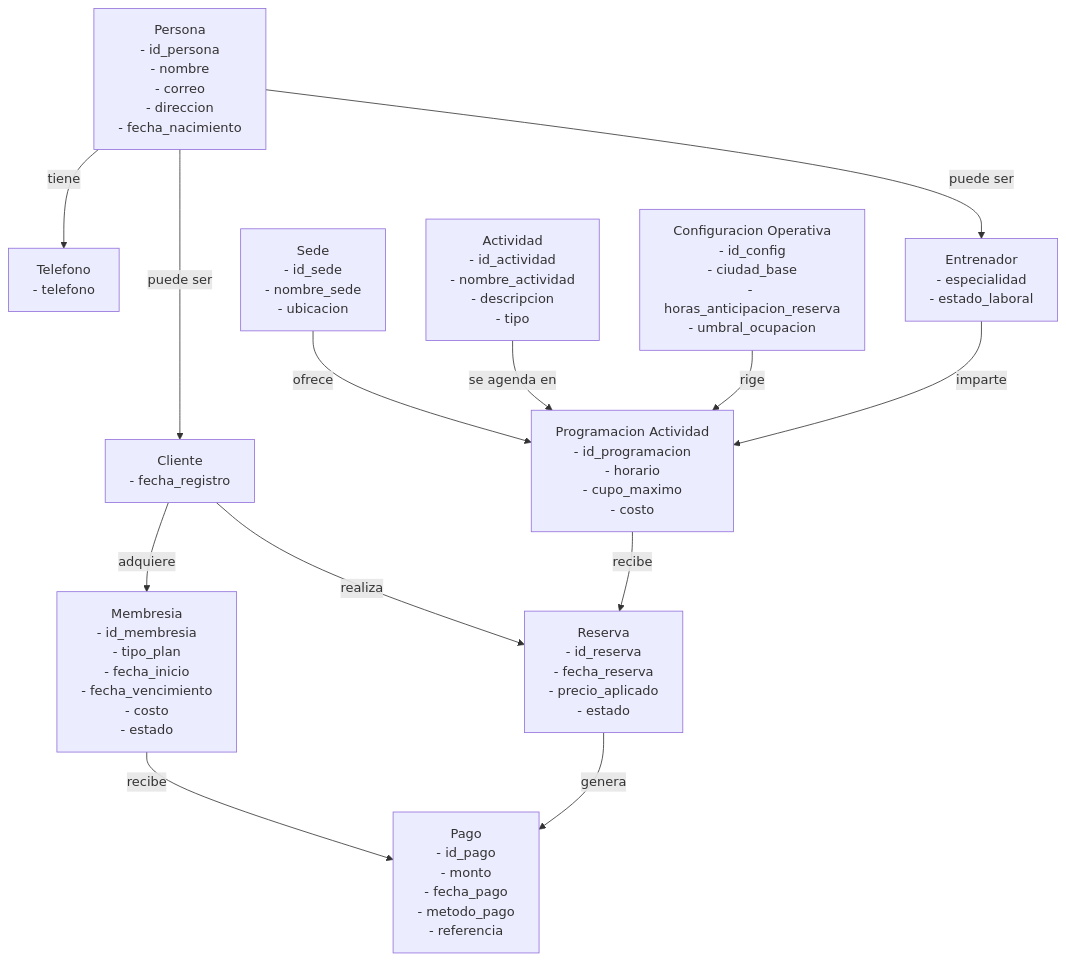
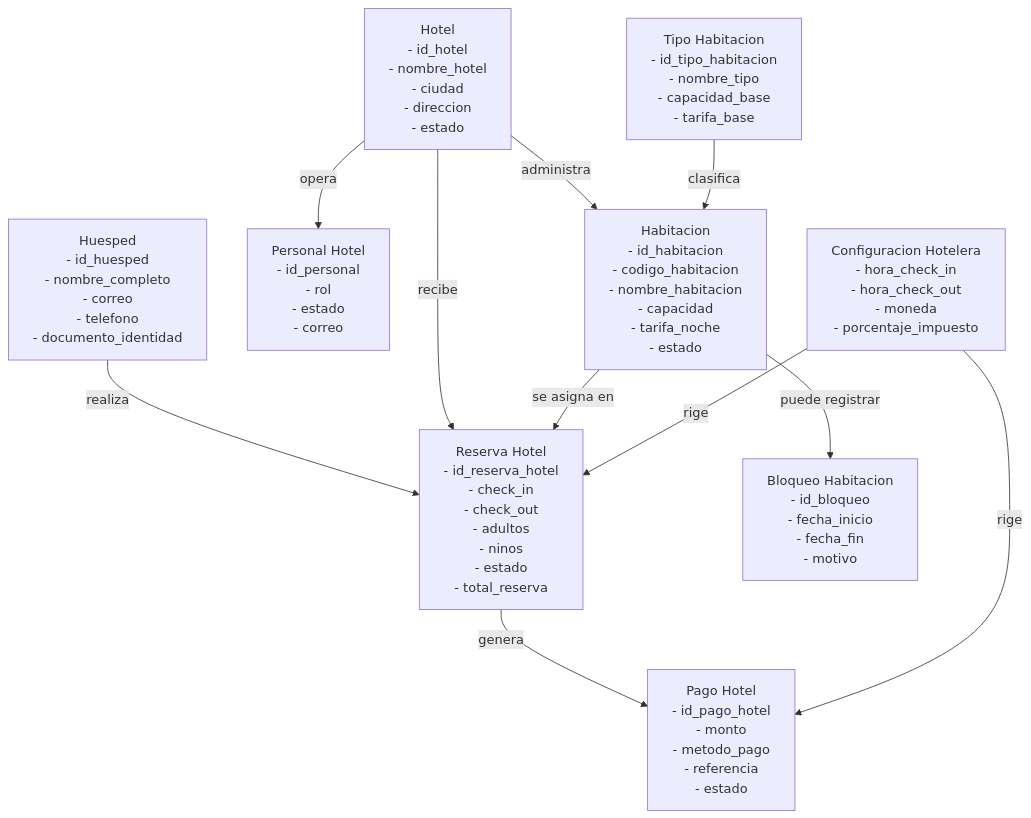
One commit to JosueCoreaF/fithub-web changed the first of 2 diagrams in docs/fithub-models.md. Above: the diagram before and after it, drawn with Mermaid. The commit also changed other lines of this file and 44 other files, not shown here.

````diff
--- a/docs/fithub-models.md
+++ b/docs/fithub-models.md
@@ -7,27 +7,23 @@
 ```mermaid
 flowchart TD
-    Persona[Persona\n- id_persona\n- nombre\n- correo\n- direccion\n- fecha_nacimiento]
-    Telefono[Telefono\n- telefono]
-    Cliente[Cliente\n- fecha_registro]
-    Entrenador[Entrenador\n- especialidad\n- estado_laboral]
-    Sede[Sede\n- id_sede\n- nombre_sede\n- ubicacion]
-    Actividad[Actividad\n- id_actividad\n- nombre_actividad\n- descripcion\n- tipo]
-    Programacion[Programacion Actividad\n- id_programacion\n- horario\n- cupo_maximo\n- costo]
-    Membresia[Membresia\n- id_membresia\n- tipo_plan\n- fecha_inicio\n- fecha_vencimiento\n- costo\n- estado]
-    Reserva[Reserva\n- id_reserva\n- fecha_reserva\n- precio_aplicado\n- estado]
-    Pago[Pago\n- id_pago\n- monto\n- fecha_pago\n- metodo_pago\n- referencia]
-    Configuracion[Configuracion Operativa\n- id_config\n- ciudad_base\n- horas_anticipacion_reserva\n- umbral_ocupacion]
+    Huesped[Huesped\n- id_huesped\n- nombre_completo\n- correo\n- telefono\n- documento_identidad]
+    Hotel[Hotel\n- id_hotel\n- nombre_hotel\n- ciudad\n- direccion\n- estado]
+    Personal[Personal Hotel\n- id_personal\n- rol\n- estado\n- correo]
+    TipoHabitacion[Tipo Habitacion\n- id_tipo_habitacion\n- nombre_tipo\n- capacidad_base\n- tarifa_base]
+    Habitacion[Habitacion\n- id_habitacion\n- codigo_habitacion\n- nombre_habitacion\n- capacidad\n- tarifa_noche\n- estado]
+    Reserva[Reserva Hotel\n- id_reserva_hotel\n- check_in\n- check_out\n- adultos\n- ninos\n- estado\n- total_reserva]
+    Pago[Pago Hotel\n- id_pago_hotel\n- monto\n- metodo_pago\n- referencia\n- estado]
+    Bloqueo[Bloqueo Habitacion\n- id_bloqueo\n- fecha_inicio\n- fecha_fin\n- motivo]
+    Configuracion[Configuracion Hotelera\n- hora_check_in\n- hora_check_out\n- moneda\n- porcentaje_impuesto]
 
-    Persona -->|tiene| Telefono
-    Persona -->|puede ser| Cliente
-    Persona -->|puede ser| Entrenador
-    Sede -->|ofrece| Programacion
-    Actividad -->|se agenda en| Programacion
-    Entrenador -->|imparte| Programacion
-    Cliente -->|adquiere| Membresia
-    Cliente -->|realiza| Reserva
-    Programacion -->|recibe| Reserva
+    Hotel -->|opera| Personal
+    Hotel -->|administra| Habitacion
+    TipoHabitacion -->|clasifica| Habitacion
+    Huesped -->|realiza| Reserva
+    Hotel -->|recibe| Reserva
+    Habitacion -->|se asigna en| Reserva
     Reserva -->|genera| Pago
-    Membresia -->|recibe| Pago
-    Configuracion -->|rige| Programacion
+    Habitacion -->|puede registrar| Bloqueo
+    Configuracion -->|rige| Reserva
+    Configuracion -->|rige| Pago
 ```
````
